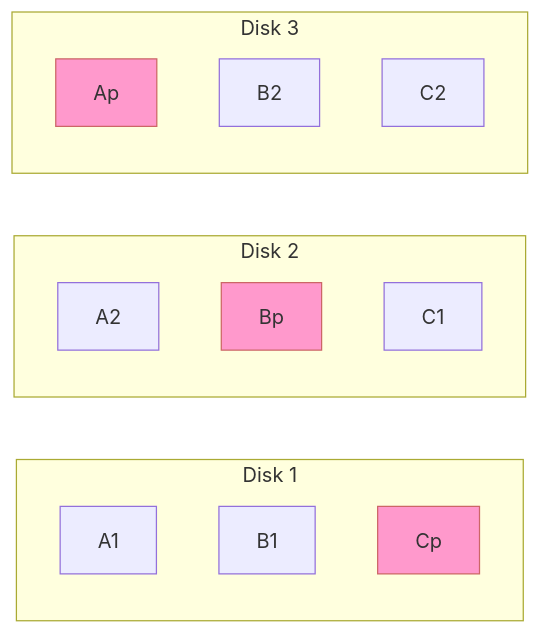
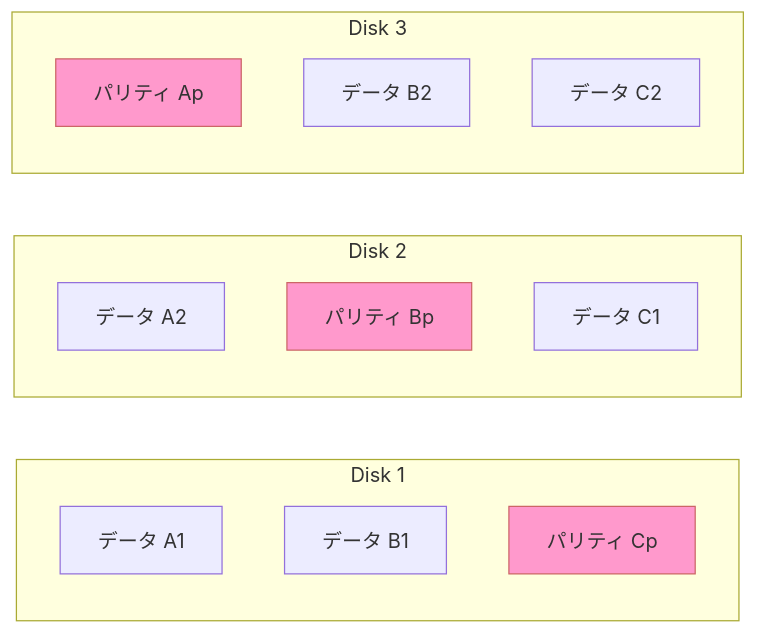
The third of 5 diagrams in concepts/raid.md (Bassiy/share_knowledge), drawn with Mermaid before and after one commit. The commit also changed other lines of this file, not shown here.

````diff
--- a/concepts/raid.md
+++ b/concepts/raid.md
@@ -75,21 +75,21 @@
 ```mermaid
 flowchart LR
   subgraph D1["Disk 1"]
-    a1["A1"]
-    b1["B1"]
-    cp["Cp"]
+    a1["データ A1"]
+    b1["データ B1"]
+    cp["パリティ Cp"]
   end
   subgraph D2["Disk 2"]
-    a2["A2"]
-    bp["Bp"]
-    c1["C1"]
+    a2["データ A2"]
+    bp["パリティ Bp"]
+    c1["データ C1"]
   end
   subgraph D3["Disk 3"]
-    ap["Ap"]
-    b2["B2"]
-    c2["C2"]
+    ap["パリティ Ap"]
+    b2["データ B2"]
+    c2["データ C2"]
   end
 
   classDef parity fill:#f9c,stroke:#c66
   class ap,bp,cp parity
 ```
````
